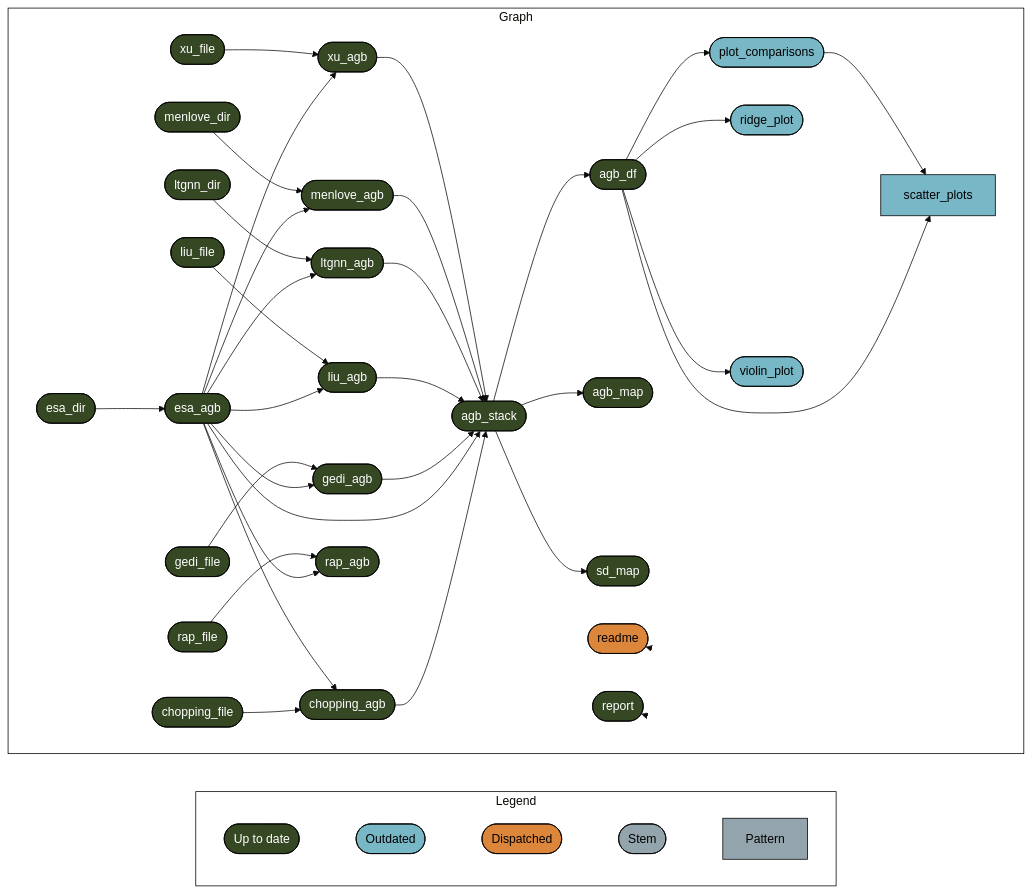
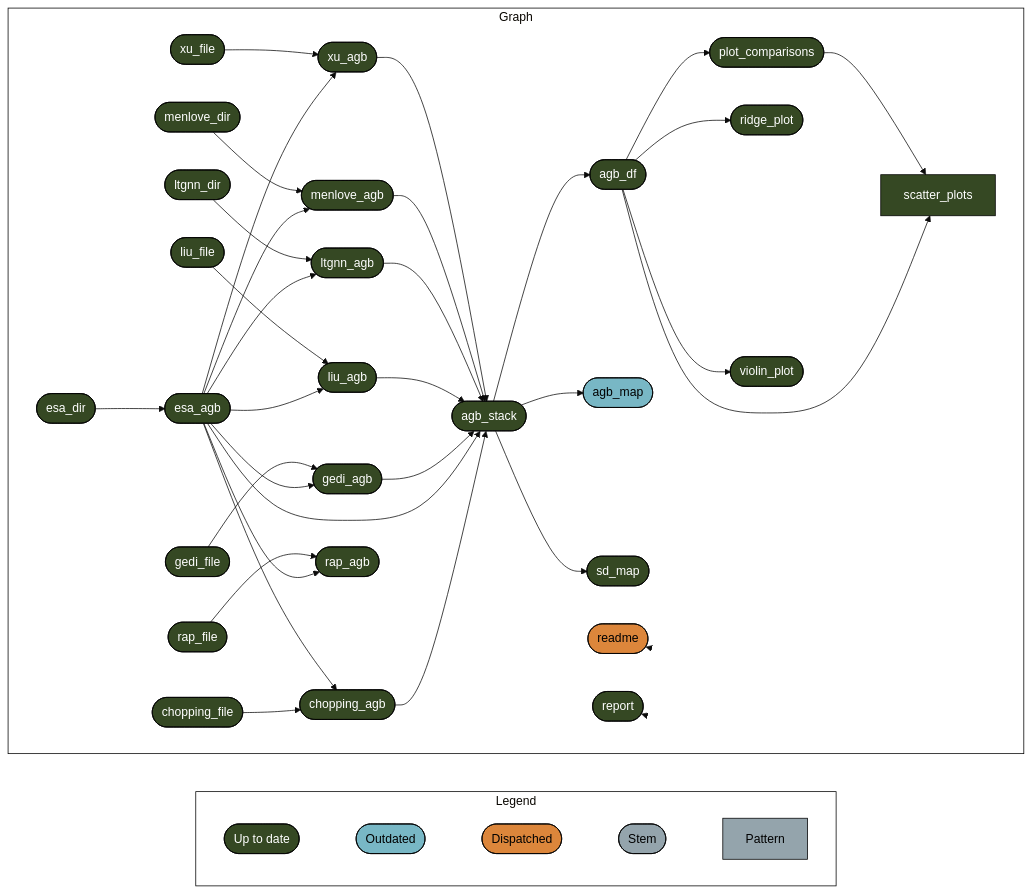
One commit to EcosystemEcologyLab/SW_Biomass changed the diagram in README.md. Above: the diagram before and after it, drawn with Mermaid (base theme). The commit also changed other lines of this file and 5 other files, not shown here.

Commit message:
update color palette for AGB plot (#16)

````diff
--- a/README.md
+++ b/README.md
@@ -36,57 +36,57 @@
 ``` mermaid
 graph LR
   style Legend fill:#FFFFFF00,stroke:#000000;
   style Graph fill:#FFFFFF00,stroke:#000000;
   subgraph Legend
     direction LR
     x7420bd9270f8d27d([""Up to date""]):::uptodate --- x0a52b03877696646([""Outdated""]):::outdated
     x0a52b03877696646([""Outdated""]):::outdated --- xa8565c104d8f0705([""Dispatched""]):::dispatched
     xa8565c104d8f0705([""Dispatched""]):::dispatched --- xbf4603d6c2c2ad6b([""Stem""]):::none
     xbf4603d6c2c2ad6b([""Stem""]):::none --- x70a5fa6bea6f298d[""Pattern""]:::none
   end
   subgraph Graph
     direction LR
-    x1194ca8b71ccd0e1(["agb_df"]):::uptodate --> xa9c8870bcb5985fd["scatter_plots"]:::outdated
-    xa5177effe50f87b0(["plot_comparisons"]):::outdated --> xa9c8870bcb5985fd["scatter_plots"]:::outdated
+    x1194ca8b71ccd0e1(["agb_df"]):::uptodate --> xa9c8870bcb5985fd["scatter_plots"]:::uptodate
+    xa5177effe50f87b0(["plot_comparisons"]):::uptodate --> xa9c8870bcb5985fd["scatter_plots"]:::uptodate
     x74a8a38fc5a3e271(["agb_stack"]):::uptodate --> x1194ca8b71ccd0e1(["agb_df"]):::uptodate
     x9f7f8cade5fecf35(["esa_agb"]):::uptodate --> x7ff1622cd5d030f8(["ltgnn_agb"]):::uptodate
     xc968c07864940097(["ltgnn_dir"]):::uptodate --> x7ff1622cd5d030f8(["ltgnn_agb"]):::uptodate
     x10672e980111f5c2(["chopping_agb"]):::uptodate --> x74a8a38fc5a3e271(["agb_stack"]):::uptodate
     x9f7f8cade5fecf35(["esa_agb"]):::uptodate --> x74a8a38fc5a3e271(["agb_stack"]):::uptodate
     x5bee436f312cca80(["gedi_agb"]):::uptodate --> x74a8a38fc5a3e271(["agb_stack"]):::uptodate
     xe4f3f2f15e724def(["liu_agb"]):::uptodate --> x74a8a38fc5a3e271(["agb_stack"]):::uptodate
     x7ff1622cd5d030f8(["ltgnn_agb"]):::uptodate --> x74a8a38fc5a3e271(["agb_stack"]):::uptodate
     xb420f92ea294cb0b(["menlove_agb"]):::uptodate --> x74a8a38fc5a3e271(["agb_stack"]):::uptodate
     x6bb719b45bfee760(["xu_agb"]):::uptodate --> x74a8a38fc5a3e271(["agb_stack"]):::uptodate
     x9f7f8cade5fecf35(["esa_agb"]):::uptodate --> xe4f3f2f15e724def(["liu_agb"]):::uptodate
     x26d0dae1bf6fcb39(["liu_file"]):::uptodate --> xe4f3f2f15e724def(["liu_agb"]):::uptodate
-    x74a8a38fc5a3e271(["agb_stack"]):::uptodate --> xd959ad20dd7fd009(["agb_map"]):::uptodate
+    x74a8a38fc5a3e271(["agb_stack"]):::uptodate --> xd959ad20dd7fd009(["agb_map"]):::outdated
     x74a8a38fc5a3e271(["agb_stack"]):::uptodate --> x7dce032f25b5c564(["sd_map"]):::uptodate
-    x1194ca8b71ccd0e1(["agb_df"]):::uptodate --> xa5177effe50f87b0(["plot_comparisons"]):::outdated
+    x1194ca8b71ccd0e1(["agb_df"]):::uptodate --> xa5177effe50f87b0(["plot_comparisons"]):::uptodate
     x9f7f8cade5fecf35(["esa_agb"]):::uptodate --> x5bee436f312cca80(["gedi_agb"]):::uptodate
     x8d7fb25f1e16bc4f(["gedi_file"]):::uptodate --> x5bee436f312cca80(["gedi_agb"]):::uptodate
     x9f7f8cade5fecf35(["esa_agb"]):::uptodate --> xb420f92ea294cb0b(["menlove_agb"]):::uptodate
     x5086af9665941a9e(["menlove_dir"]):::uptodate --> xb420f92ea294cb0b(["menlove_agb"]):::uptodate
     x9f7f8cade5fecf35(["esa_agb"]):::uptodate --> x5688b5ef6bcea6f9(["rap_agb"]):::uptodate
     x9889d33e942dc03b(["rap_file"]):::uptodate --> x5688b5ef6bcea6f9(["rap_agb"]):::uptodate
     x80cf9d1bb79c21e3(["chopping_file"]):::uptodate --> x10672e980111f5c2(["chopping_agb"]):::uptodate
     x9f7f8cade5fecf35(["esa_agb"]):::uptodate --> x10672e980111f5c2(["chopping_agb"]):::uptodate
-    x1194ca8b71ccd0e1(["agb_df"]):::uptodate --> x13774cf4f2cc9b83(["ridge_plot"]):::outdated
+    x1194ca8b71ccd0e1(["agb_df"]):::uptodate --> x13774cf4f2cc9b83(["ridge_plot"]):::uptodate
     x9f7f8cade5fecf35(["esa_agb"]):::uptodate --> x6bb719b45bfee760(["xu_agb"]):::uptodate
     x39b0a131ab7dd2d0(["xu_file"]):::uptodate --> x6bb719b45bfee760(["xu_agb"]):::uptodate
     xb91305eee1f5b0b5(["esa_dir"]):::uptodate --> x9f7f8cade5fecf35(["esa_agb"]):::uptodate
-    x1194ca8b71ccd0e1(["agb_df"]):::uptodate --> xfe73ce9654aaf612(["violin_plot"]):::outdated
+    x1194ca8b71ccd0e1(["agb_df"]):::uptodate --> xfe73ce9654aaf612(["violin_plot"]):::uptodate
     x6e52cb0f1668cc22(["readme"]):::dispatched --> x6e52cb0f1668cc22(["readme"]):::dispatched
     xe0fba61fbc506510(["report"]):::uptodate --> xe0fba61fbc506510(["report"]):::uptodate
   end
   classDef uptodate stroke:#000000,color:#ffffff,fill:#354823;
   classDef outdated stroke:#000000,color:#000000,fill:#78B7C5;
   classDef dispatched stroke:#000000,color:#000000,fill:#DC863B;
   classDef none stroke:#000000,color:#000000,fill:#94a4ac;
   linkStyle 0 stroke-width:0px;
   linkStyle 1 stroke-width:0px;
   linkStyle 2 stroke-width:0px;
   linkStyle 3 stroke-width:0px;
   linkStyle 34 stroke-width:0px;
   linkStyle 35 stroke-width:0px;
 ```
````
